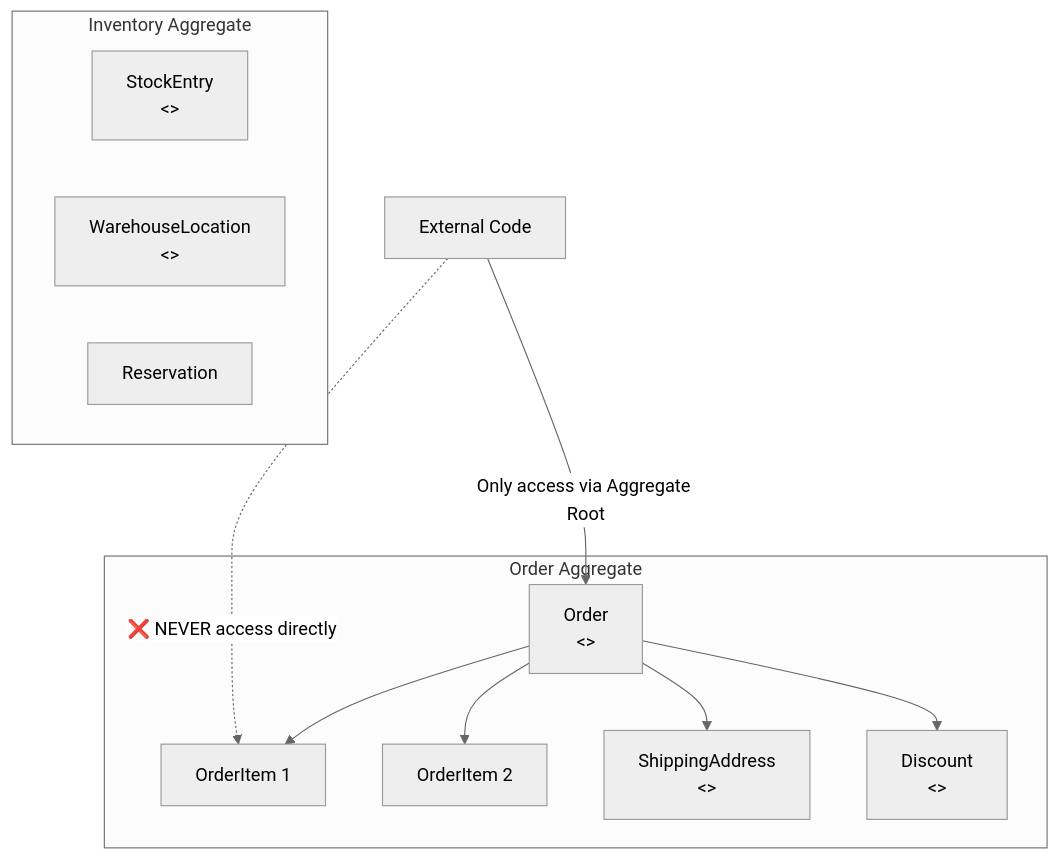
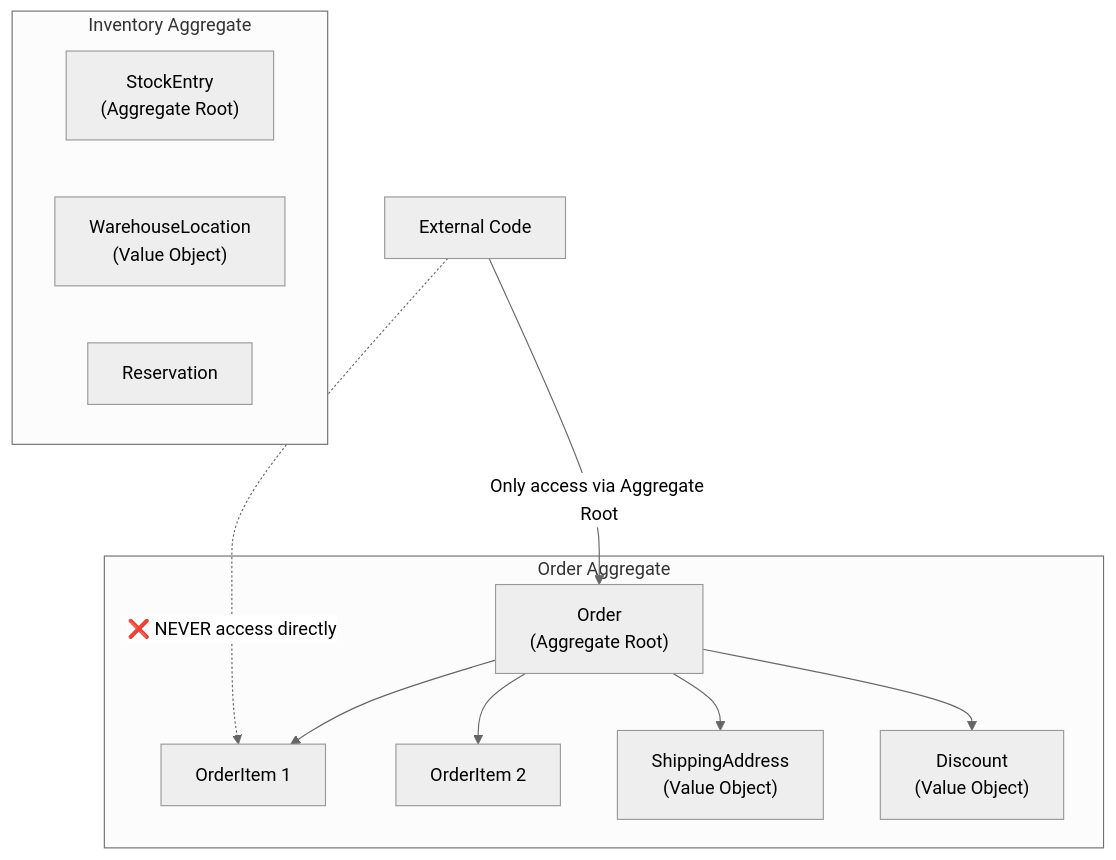
The fifth of 26 diagrams in Software-Architecture/fundamentals/system-architecture/01-monolith-modular-microservices.md (phatnguyen975/Software-Engineering), drawn with Mermaid (neutral theme) before and after one commit. The commit also changed other lines of this file and 4 other files, not shown here.

Commit message:
docs: update system architecture content

````diff
--- a/Software-Architecture/fundamentals/system-architecture/01-monolith-modular-microservices.md
+++ b/Software-Architecture/fundamentals/system-architecture/01-monolith-modular-microservices.md
@@ -699,23 +706,23 @@
 ```mermaid
 graph TB
     subgraph OrderAggregate["Order Aggregate"]
-        OR[Order<br/><<Aggregate Root>>]
+        OR["Order\n(Aggregate Root)"]
         OI1[OrderItem 1]
         OI2[OrderItem 2]
-        ADDR[ShippingAddress<br/><<Value Object>>]
-        DISC[Discount<br/><<Value Object>>]
+        ADDR["ShippingAddress\n(Value Object)"]
+        DISC["Discount\n(Value Object)"]
     end
 
     subgraph InventoryAggregate["Inventory Aggregate"]
-        STOCK[StockEntry<br/><<Aggregate Root>>]
-        LOC[WarehouseLocation<br/><<Value Object>>]
+        STOCK["StockEntry\n(Aggregate Root)"]
+        LOC["WarehouseLocation\n(Value Object)"]
         RES[Reservation]
     end
 
     OUTSIDE[External Code] -->|"Only access via Aggregate Root"| OR
     OUTSIDE -.->|"❌ NEVER access directly"| OI1
     OR --> OI1
     OR --> OI2
     OR --> ADDR
     OR --> DISC
 ```
````
